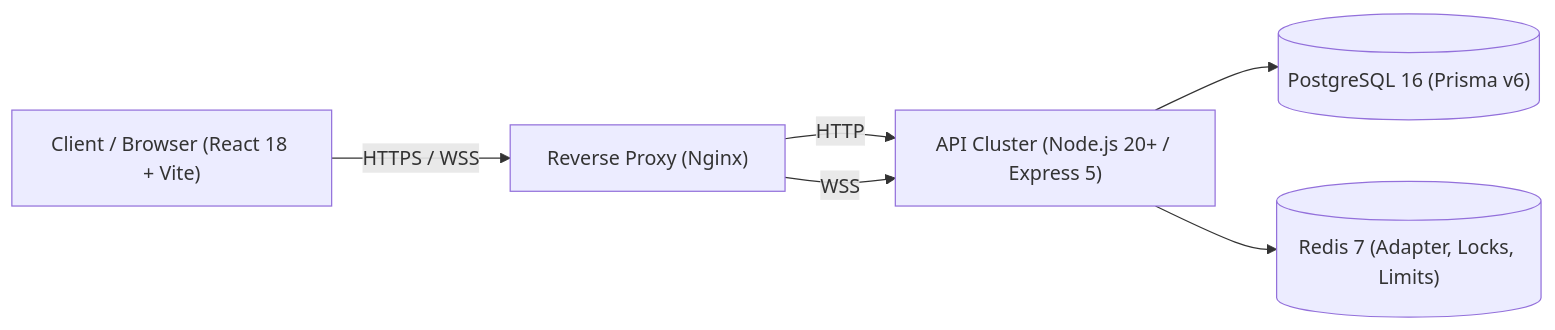
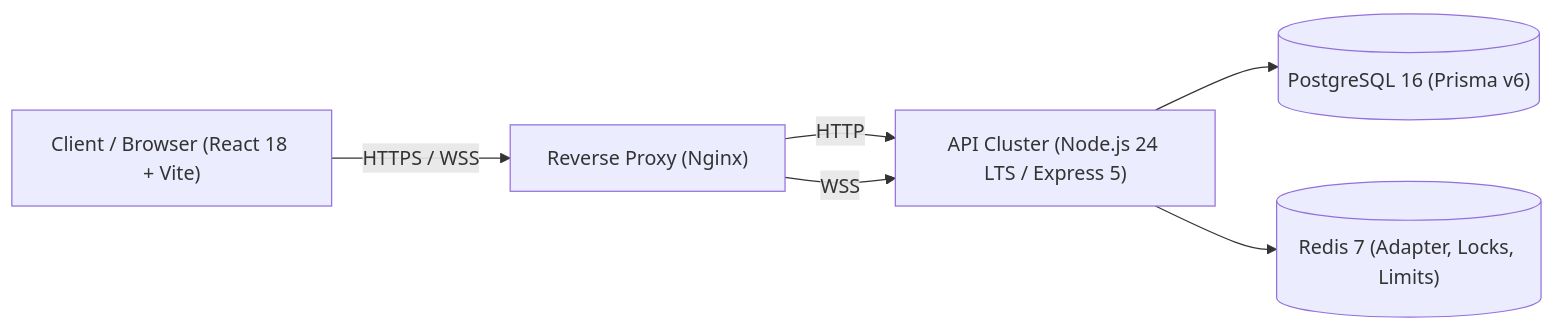
One commit to omar4405322-crypto/university-management-system changed the diagram in README.md. Above: the diagram before and after it, drawn with Mermaid. The commit also changed other lines of this file and 183 other files, not shown here.

````diff
--- a/README.md
+++ b/README.md
@@ -23,14 +23,14 @@
 ```mermaid
 graph LR
     Web["Client / Browser (React 18 + Vite)"]
     Nginx["Reverse Proxy (Nginx)"]
-    API["API Cluster (Node.js 20+ / Express 5)"]
+    API["API Cluster (Node.js 24 LTS / Express 5)"]
     DB[("PostgreSQL 16 (Prisma v6)")]
     Cache[("Redis 7 (Adapter, Locks, Limits)")]
 
     Web -->|HTTPS / WSS| Nginx
     Nginx -->|HTTP| API
     Nginx -->|WSS| API
     API --> DB
     API --> Cache
 ```
````
